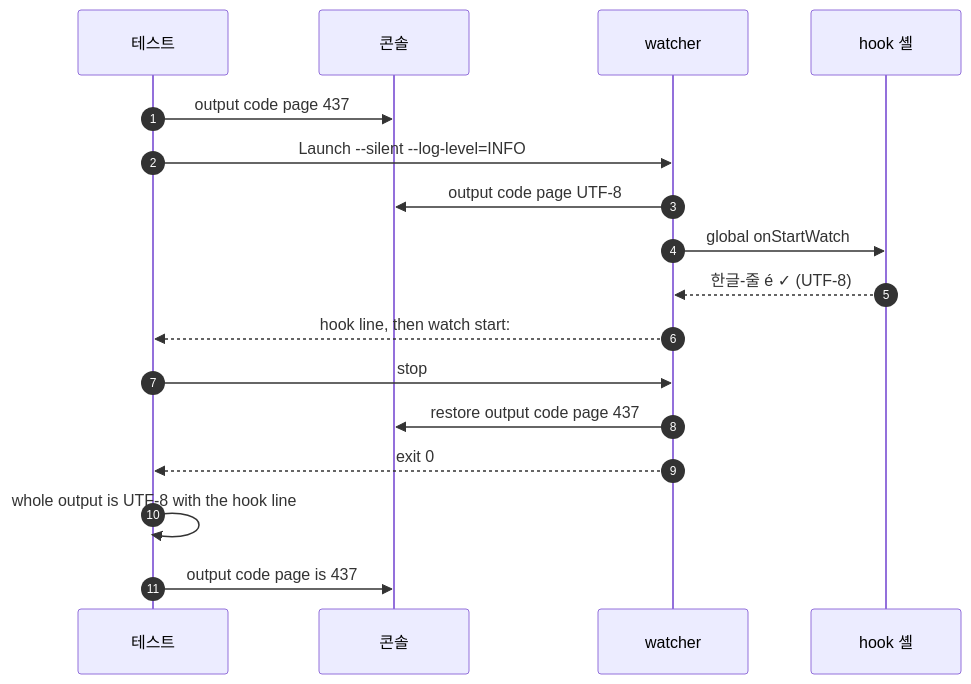
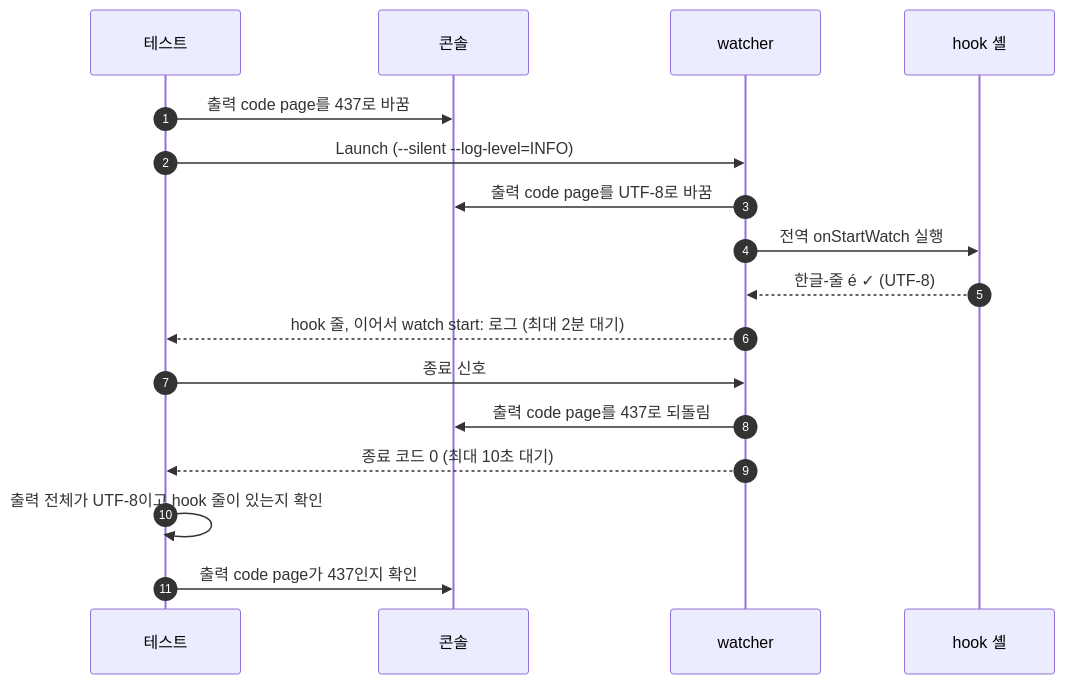
One commit to seungyeop-lee/directory-watcher changed the diagram in e2e/docs/scenarios/windows-shell-non-ascii-output.ko.md. Above: the diagram before and after it, drawn with Mermaid. The commit also changed other lines of this file and 47 other files, not shown here.

````diff
--- a/e2e/docs/scenarios/windows-shell-non-ascii-output.ko.md
+++ b/e2e/docs/scenarios/windows-shell-non-ascii-output.ko.md
@@ -31,19 +32,19 @@
 ```mermaid
 sequenceDiagram
     autonumber
     participant testCode as 테스트
     participant consoleCP as 콘솔
     participant watcherProc as watcher
     participant shellProc as hook 셸
-    testCode->>consoleCP: output code page 437
-    testCode->>watcherProc: Launch --silent --log-level=INFO
-    watcherProc->>consoleCP: output code page UTF-8
-    watcherProc->>shellProc: global onStartWatch
+    testCode->>consoleCP: 출력 code page를 437로 바꿈
+    testCode->>watcherProc: Launch (--silent --log-level=INFO)
+    watcherProc->>consoleCP: 출력 code page를 UTF-8로 바꿈
+    watcherProc->>shellProc: 전역 onStartWatch 실행
     shellProc-->>watcherProc: 한글-줄 é ✓ (UTF-8)
-    watcherProc-->>testCode: hook line, then watch start:
-    testCode->>watcherProc: stop
-    watcherProc->>consoleCP: restore output code page 437
-    watcherProc-->>testCode: exit 0
-    testCode->>testCode: whole output is UTF-8 with the hook line
-    testCode->>consoleCP: output code page is 437
+    watcherProc-->>testCode: hook 줄, 이어서 watch start: 로그 (최대 2분 대기)
+    testCode->>watcherProc: 종료 신호
+    watcherProc->>consoleCP: 출력 code page를 437로 되돌림
+    watcherProc-->>testCode: 종료 코드 0 (최대 10초 대기)
+    testCode->>testCode: 출력 전체가 UTF-8이고 hook 줄이 있는지 확인
+    testCode->>consoleCP: 출력 code page가 437인지 확인
 ```
````
